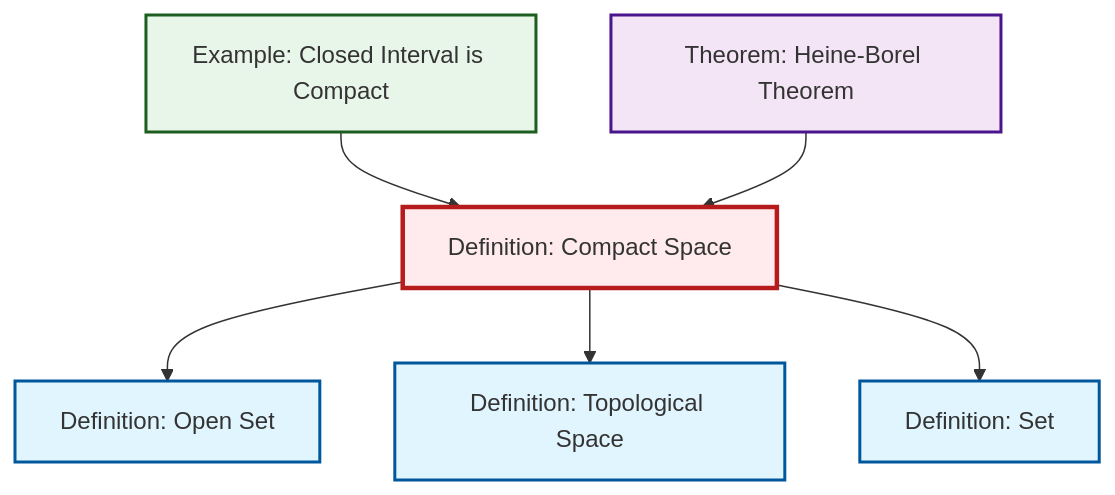
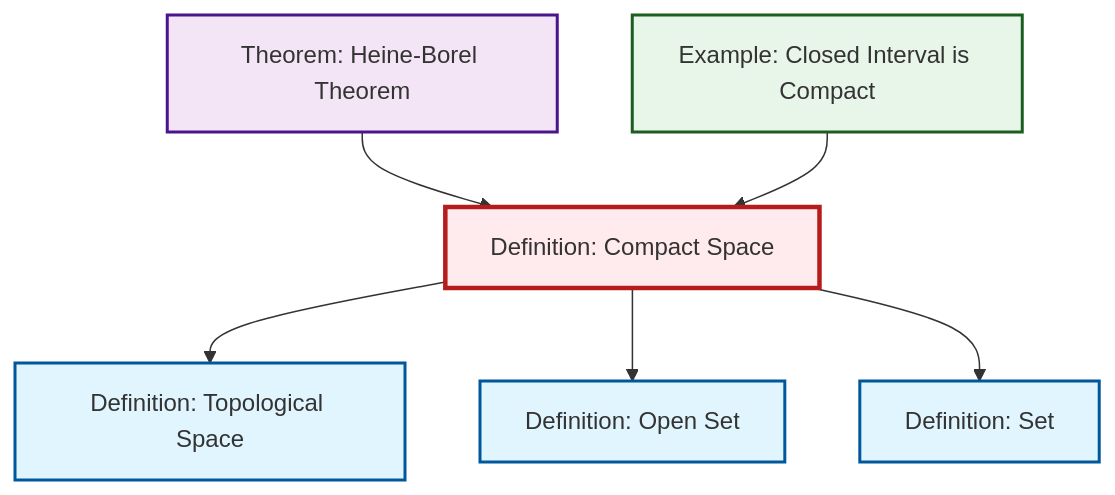
Before and after one commit to RK0429/ModernMath: the diagram in output/mermaid/def-compact.mermaid, drawn with Mermaid. The commit also changed other lines of this file and 1120 other files, not shown here.

````diff
--- a/output/mermaid/def-compact.mermaid
+++ b/output/mermaid/def-compact.mermaid
@@ -1,21 +1,21 @@
 ```{mermaid}
 %%| fig-cap: "Local dependency graph"
 graph TD
     classDef definition fill:#e1f5fe,stroke:#01579b,stroke-width:2px
     classDef theorem fill:#f3e5f5,stroke:#4a148c,stroke-width:2px
     classDef axiom fill:#fff3e0,stroke:#e65100,stroke-width:2px
     classDef example fill:#e8f5e9,stroke:#1b5e20,stroke-width:2px
     classDef current fill:#ffebee,stroke:#b71c1c,stroke-width:3px
+    ex-closed-interval-compact["Example: Closed Interval is Compact"]:::example
     thm-heine-borel["Theorem: Heine-Borel Theorem"]:::theorem
-    ex-closed-interval-compact["Example: Closed Interval is Compact"]:::example
+    def-set["Definition: Set"]:::definition
     def-compact["Definition: Compact Space"]:::definition
+    def-open-set["Definition: Open Set"]:::definition
     def-topological-space["Definition: Topological Space"]:::definition
-    def-open-set["Definition: Open Set"]:::definition
-    def-set["Definition: Set"]:::definition
+    thm-heine-borel --> def-compact
+    def-compact --> def-topological-space
+    def-compact --> def-open-set
+    def-compact --> def-set
     ex-closed-interval-compact --> def-compact
-    def-compact --> def-open-set
-    def-compact --> def-topological-space
-    def-compact --> def-set
-    thm-heine-borel --> def-compact
     class def-compact current
 ```
````
